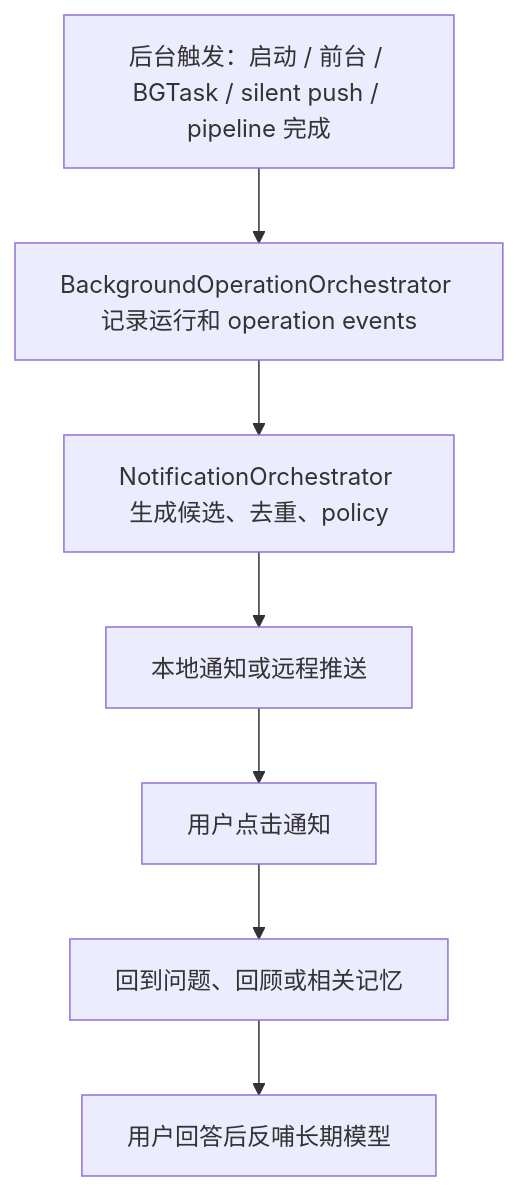
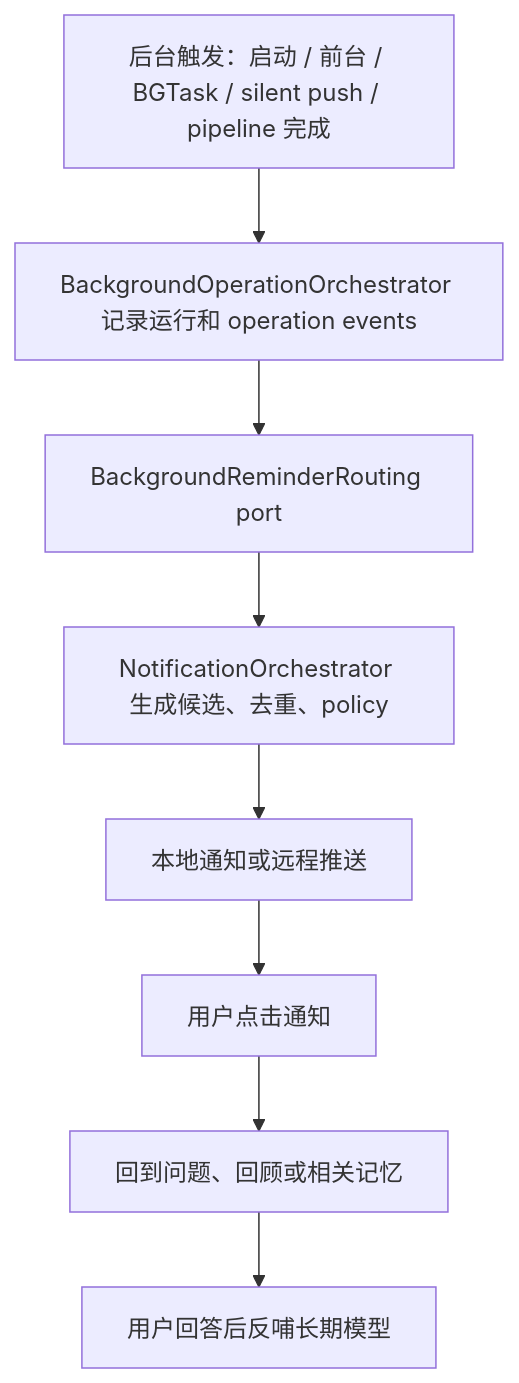
Before and after one commit to daaihang/sprout: the seventh of 7 diagrams in docs/mory_system_handbook_zh/03_user_journeys.md, drawn with Mermaid. The commit also changed other lines of this file and 61 other files, not shown here.

````diff
--- a/docs/mory_system_handbook_zh/03_user_journeys.md
+++ b/docs/mory_system_handbook_zh/03_user_journeys.md
@@ -135,9 +135,10 @@
 ```mermaid
 flowchart TD
     A["后台触发：启动 / 前台 / BGTask / silent push / pipeline 完成"] --> B["BackgroundOperationOrchestrator 记录运行和 operation events"]
-    B --> C["NotificationOrchestrator 生成候选、去重、policy"]
-    C --> D["本地通知或远程推送"]
-    D --> E["用户点击通知"]
-    E --> F["回到问题、回顾或相关记忆"]
-    F --> G["用户回答后反哺长期模型"]
+    B --> C["BackgroundReminderRouting port"]
+    C --> D["NotificationOrchestrator 生成候选、去重、policy"]
+    D --> E["本地通知或远程推送"]
+    E --> F["用户点击通知"]
+    F --> G["回到问题、回顾或相关记忆"]
+    G --> H["用户回答后反哺长期模型"]
 ```
````
